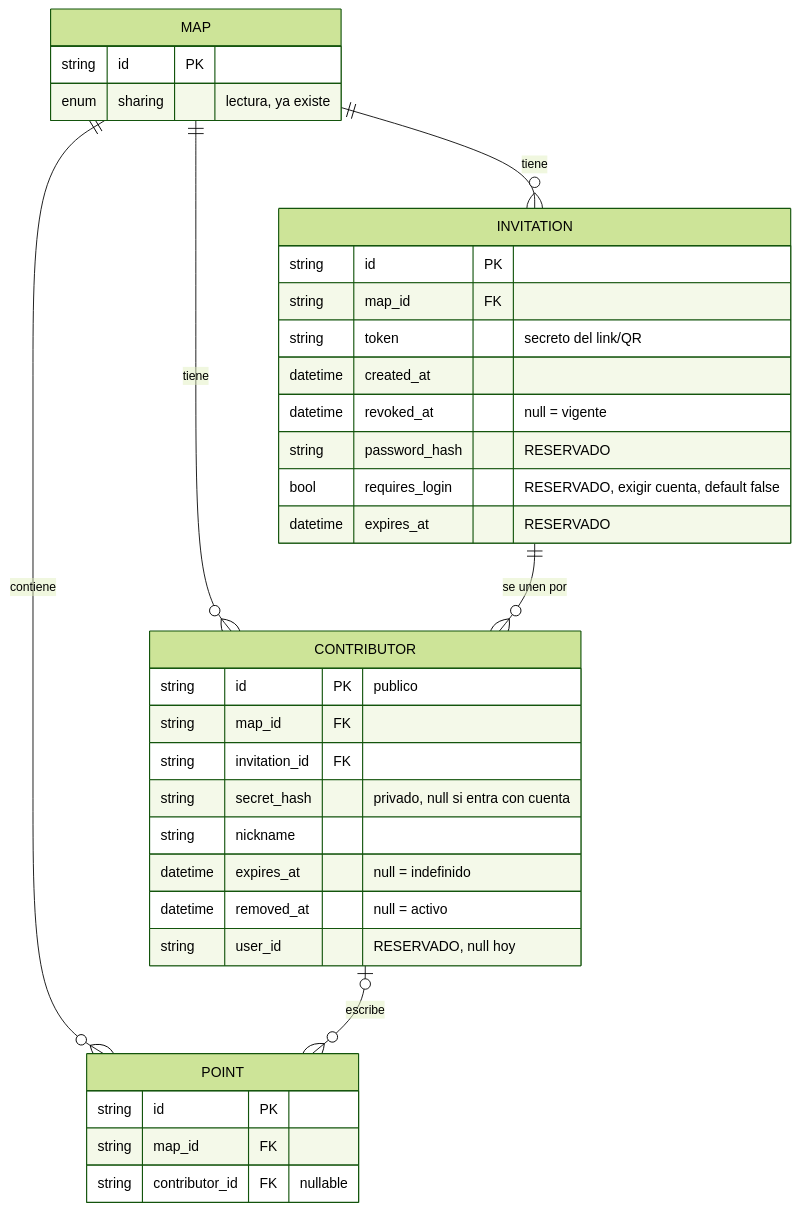
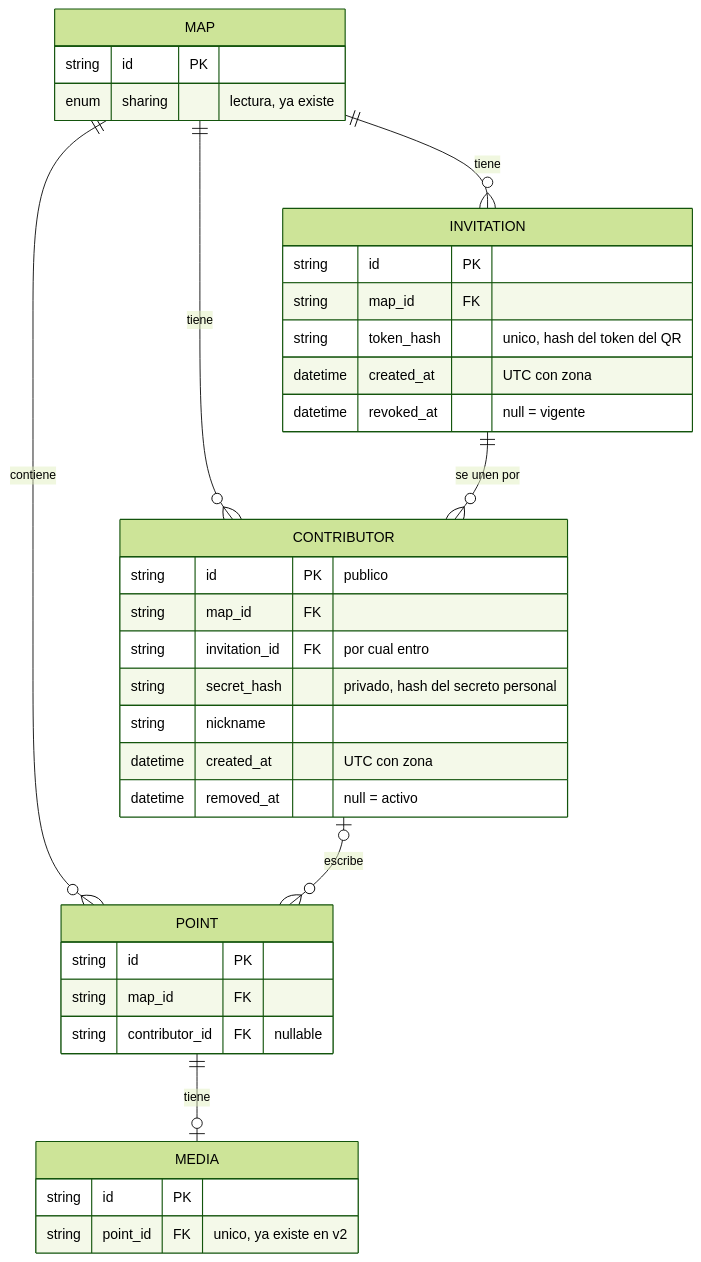
The first of 4 diagrams in docs/how-it-works/map_contributions.md (hotosm/chatmap), drawn with Mermaid (forest theme) before and after one commit. The commit also changed other lines of this file and 2 other files, not shown here.

````diff
--- a/docs/how-it-works/map_contributions.md
+++ b/docs/how-it-works/map_contributions.md
@@ -89,38 +107,39 @@
 ```mermaid
 erDiagram
     MAP ||--o{ INVITATION : tiene
     MAP ||--o{ CONTRIBUTOR : tiene
     MAP ||--o{ POINT : contiene
     INVITATION ||--o{ CONTRIBUTOR : "se unen por"
     CONTRIBUTOR |o--o{ POINT : "escribe"
+    POINT ||--o| MEDIA : tiene
 
     MAP {
         string id PK
         enum sharing "lectura, ya existe"
     }
     INVITATION {
         string id PK
         string map_id FK
-        string token "secreto del link/QR"
-        datetime created_at
+        string token_hash "unico, hash del token del QR"
+        datetime created_at "UTC con zona"
         datetime revoked_at "null = vigente"
-        string password_hash "RESERVADO"
-        bool requires_login "RESERVADO, exigir cuenta, default false"
-        datetime expires_at "RESERVADO"
     }
     CONTRIBUTOR {
         string id PK "publico"
         string map_id FK
-        string invitation_id FK
-        string secret_hash "privado, null si entra con cuenta"
+        string invitation_id FK "por cual entro"
+        string secret_hash "privado, hash del secreto personal"
         string nickname
-        datetime expires_at "null = indefinido"
+        datetime created_at "UTC con zona"
         datetime removed_at "null = activo"
-        string user_id "RESERVADO, null hoy"
     }
     POINT {
         string id PK
         string map_id FK
         string contributor_id FK "nullable"
     }
+    MEDIA {
+        string id PK
+        string point_id FK "unico, ya existe en v2"
+    }
 ```
````
